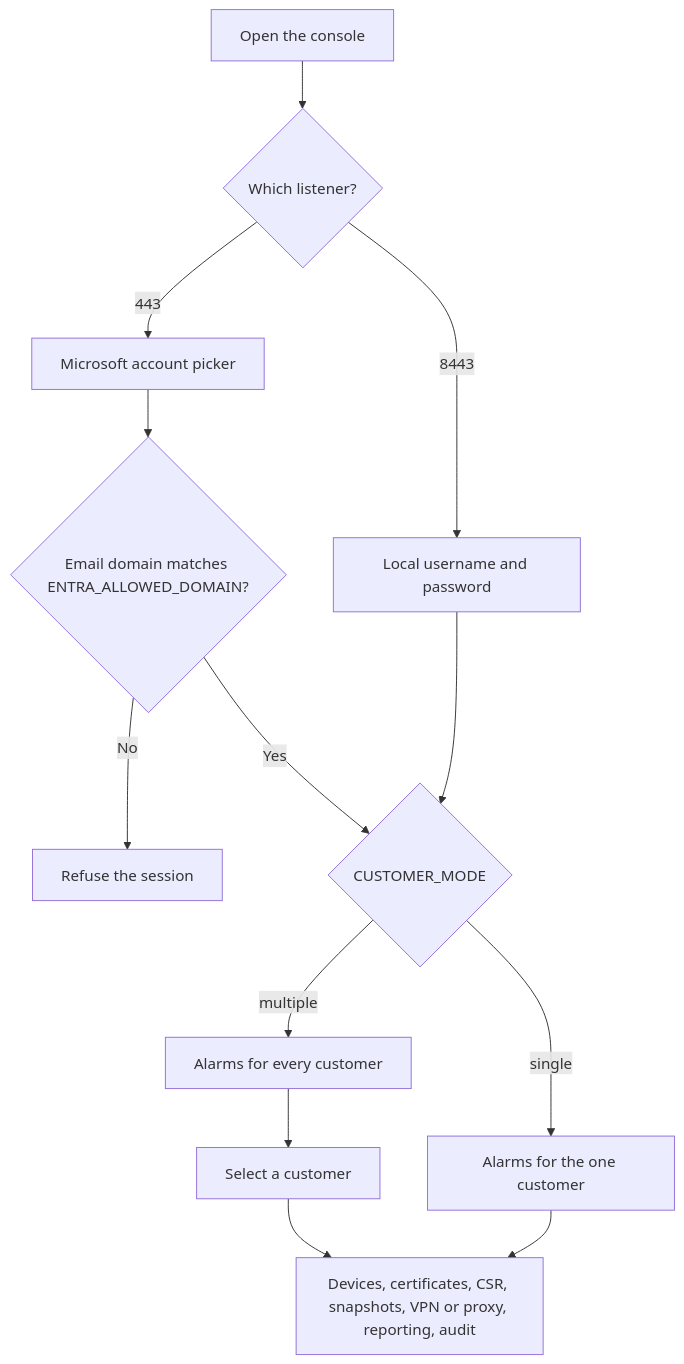
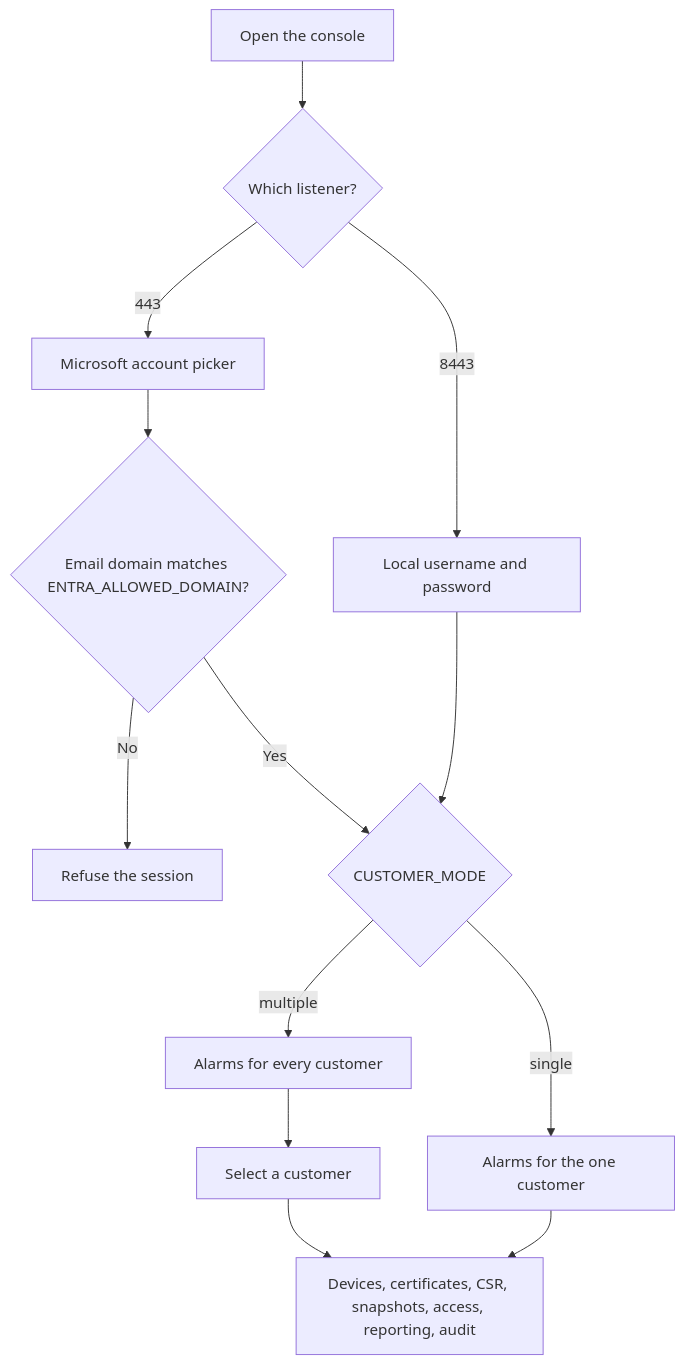
Before and after one commit to bmiles-git/avaya-sbce-manager: the first of 3 diagrams in README.md, drawn with Mermaid. The commit also changed other lines of this file and 6 other files, not shown here.

````diff
--- a/README.md
+++ b/README.md
@@ -28,16 +28,16 @@
 ```mermaid
 flowchart TD
   open[Open the console]
   open --> port{Which listener?}
   port -->|443| entra[Microsoft account picker]
   entra --> domain{Email domain matches ENTRA_ALLOWED_DOMAIN?}
   domain -->|No| refuse[Refuse the session]
   domain -->|Yes| mode{CUSTOMER_MODE}
   port -->|8443| local[Local username and password]
   local --> mode
   mode -->|multiple| alarms[Alarms for every customer]
   alarms --> choose[Select a customer]
   mode -->|single| one[Alarms for the one customer]
-  choose --> pages[Devices, certificates, CSR, snapshots, VPN or proxy, reporting, audit]
+  choose --> pages[Devices, certificates, CSR, snapshots, access, reporting, audit]
   one --> pages
 ```
````
